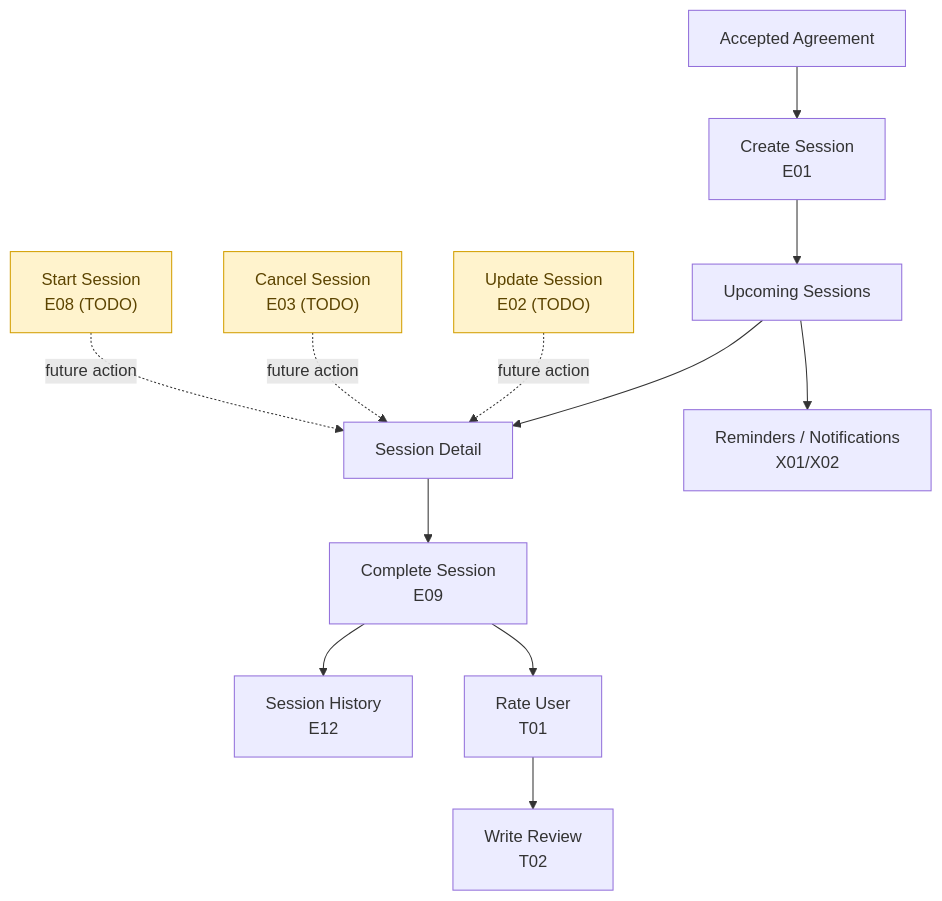
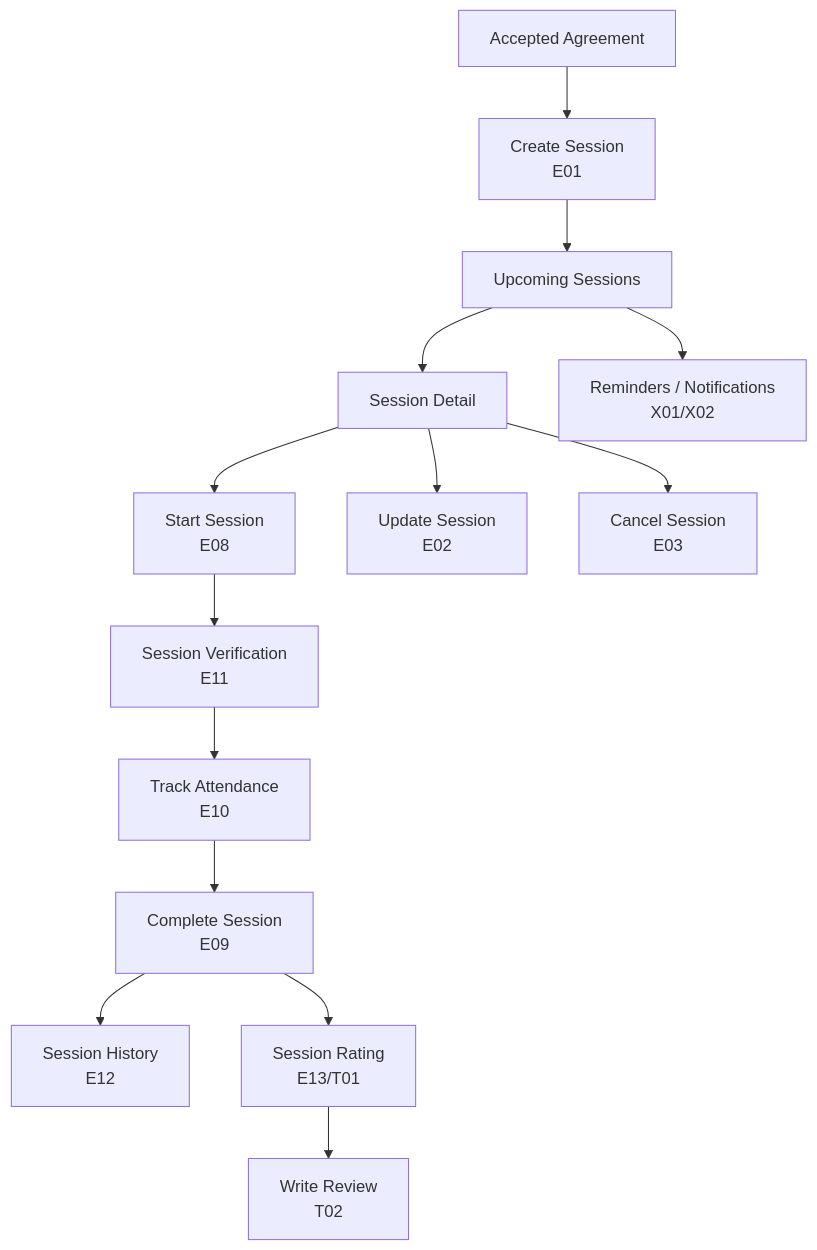
One commit to kwanele-Cyber/aptitude changed the fifth of 7 diagrams in docs/ui_flow_diagrams.md. Above: the diagram before and after it, drawn with Mermaid. The commit also changed other lines of this file and 62 other files, not shown here.

````diff
--- a/docs/ui_flow_diagrams.md
+++ b/docs/ui_flow_diagrams.md
@@ -110,20 +112,22 @@
 ```mermaid
 flowchart TD
     AGREED[Accepted Agreement] --> CREATE_SESSION[Create Session<br/>E01]
     CREATE_SESSION --> UPCOMING[Upcoming Sessions]
     UPCOMING --> SESSION_DETAIL[Session Detail]
 
-    SESSION_DETAIL --> COMPLETE[Complete Session<br/>E09]
+    SESSION_DETAIL --> START_SESSION[Start Session<br/>E08]
+    START_SESSION --> VERIFY[Session Verification<br/>E11]
+    VERIFY --> ATTENDANCE[Track Attendance<br/>E10]
+    ATTENDANCE --> COMPLETE[Complete Session<br/>E09]
     COMPLETE --> SESSION_HISTORY[Session History<br/>E12]
 
-    COMPLETE --> RATE[Rate User<br/>T01]
+    COMPLETE --> RATE[Session Rating<br/>E13/T01]
     RATE --> REVIEW[Write Review<br/>T02]
 
     UPCOMING --> REMINDERS[Reminders / Notifications<br/>X01/X02]
 
-    UPDATE_SESSION["Update Session<br/>E02 (TODO)"]:::todo -.future action.-> SESSION_DETAIL
-    CANCEL_SESSION["Cancel Session<br/>E03 (TODO)"]:::todo -.future action.-> SESSION_DETAIL
-    START_SESSION["Start Session<br/>E08 (TODO)"]:::todo -.future action.-> SESSION_DETAIL
+    SESSION_DETAIL --> UPDATE_SESSION[Update Session<br/>E02]
+    SESSION_DETAIL --> CANCEL_SESSION[Cancel Session<br/>E03]
 
     classDef todo fill:#fff3cd,stroke:#d39e00,color:#5c4400;
 ```
````
